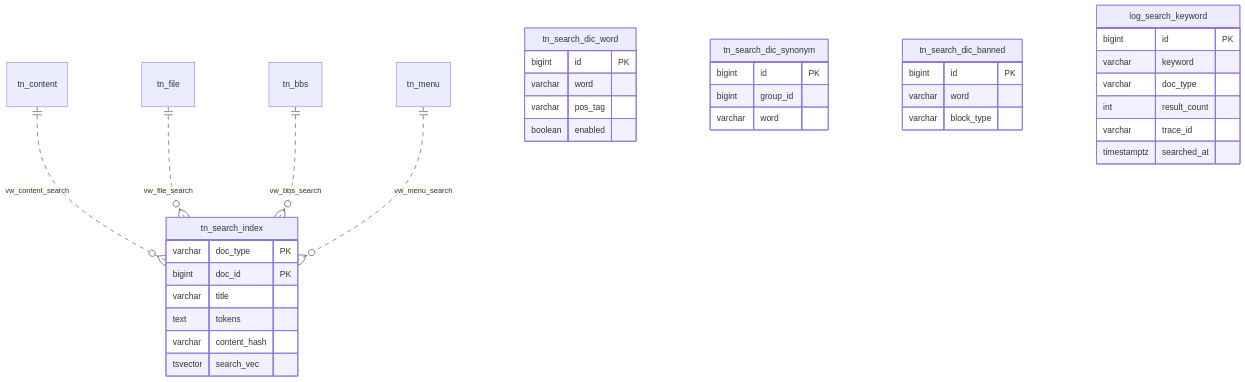
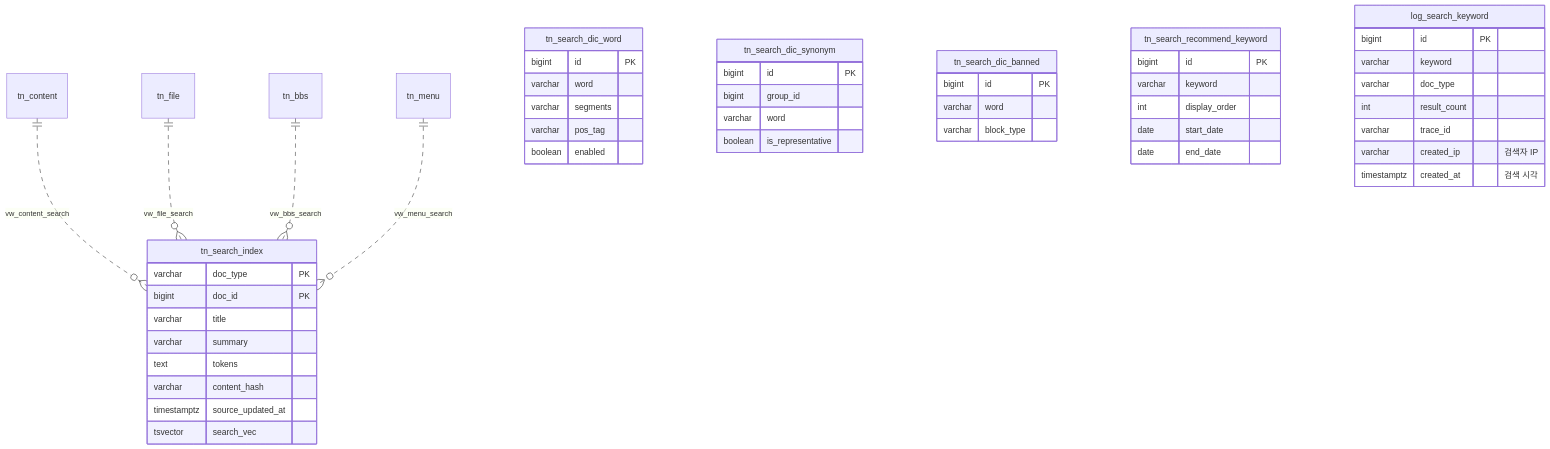
The diagram in DESIGN.md (kingja51/search), drawn with Mermaid before and after one commit. The commit also changed other lines of this file and 1 other file, not shown here.

Commit message:
docs: 최종 설계 v2.0 - 전 테이블 감사 컬럼 6종(created/updated at·ip·by) 표준화, 설계서 전면 정리

````diff
--- a/DESIGN.md
+++ b/DESIGN.md
@@ -122,39 +160,51 @@
 ```mermaid
 erDiagram
     tn_content ||..o{ tn_search_index : "vw_content_search"
     tn_file    ||..o{ tn_search_index : "vw_file_search"
     tn_bbs     ||..o{ tn_search_index : "vw_bbs_search"
     tn_menu    ||..o{ tn_search_index : "vw_menu_search"
     tn_search_index {
         varchar doc_type PK
         bigint  doc_id   PK
         varchar title
+        varchar summary
         text    tokens
         varchar content_hash
+        timestamptz source_updated_at
         tsvector search_vec
     }
     tn_search_dic_word {
         bigint id PK
         varchar word
+        varchar segments
         varchar pos_tag
         boolean enabled
     }
     tn_search_dic_synonym {
         bigint id PK
         bigint group_id
         varchar word
+        boolean is_representative
     }
     tn_search_dic_banned {
         bigint id PK
         varchar word
         varchar block_type
+    }
+    tn_search_recommend_keyword {
+        bigint id PK
+        varchar keyword
+        int display_order
+        date start_date
+        date end_date
     }
     log_search_keyword {
         bigint id PK
         varchar keyword
         varchar doc_type
         int result_count
         varchar trace_id
-        timestamptz searched_at
+        varchar created_ip "검색자 IP"
+        timestamptz created_at "검색 시각"
     }
 ```
````
